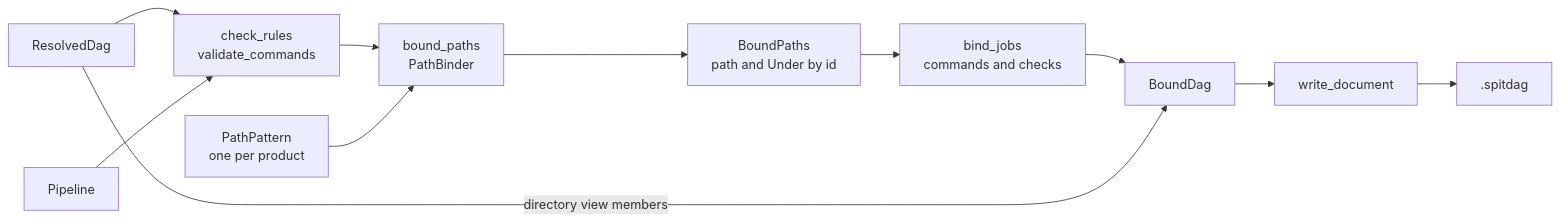
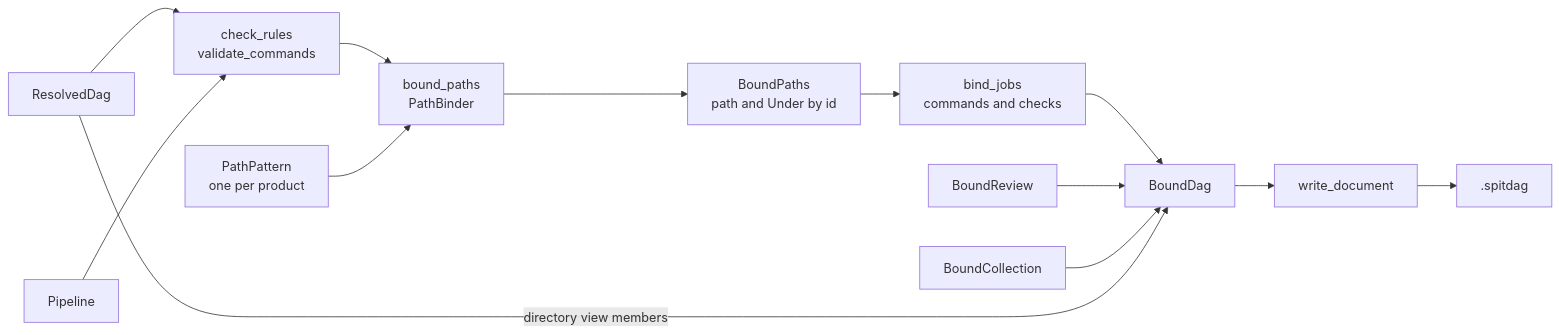
The diagram in docs/architecture/binding.md (eclnz/spit), drawn with Mermaid before and after one commit. The commit also changed other lines of this file and 92 other files, not shown here.

````diff
--- a/docs/architecture/binding.md
+++ b/docs/architecture/binding.md
@@ -5,13 +5,15 @@
 ```mermaid
 flowchart LR
     dag["ResolvedDag"] --> rules["check_rules<br/>validate_commands"]
     pipeline["Pipeline"] --> rules
     rules --> paths["bound_paths<br/>PathBinder"]
     paths --> boundpaths["BoundPaths<br/>path and Under by id"]
     pattern["PathPattern<br/>one per product"] --> paths
     boundpaths --> jobs["bind_jobs<br/>commands and checks"]
     jobs --> bound["BoundDag"]
+    reviews["BoundReview"] --> bound
+    collections["BoundCollection"] --> bound
     dag -->|"directory view members"| bound
     bound --> write["write_document"]
     write --> file[".spitdag"]
 ```
````
